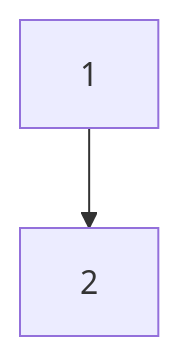
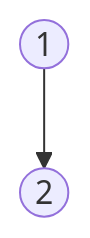
One commit to 3strategy/BeautifulMivney changed the sixth of 39 diagrams in cst/6binnode/Ex6a4binnode.md. Above: the diagram before and after it, drawn with Mermaid. The commit also changed other lines of this file and 3 other files, not shown here.

````diff
--- a/cst/6binnode/Ex6a4binnode.md
+++ b/cst/6binnode/Ex6a4binnode.md
@@ -83,4 +83,4 @@
     ```mermaid
     flowchart TB
-      D[1] --> E[2]:::leaf
+      D((1)) --> E((2)):::leaf
     ```
````
